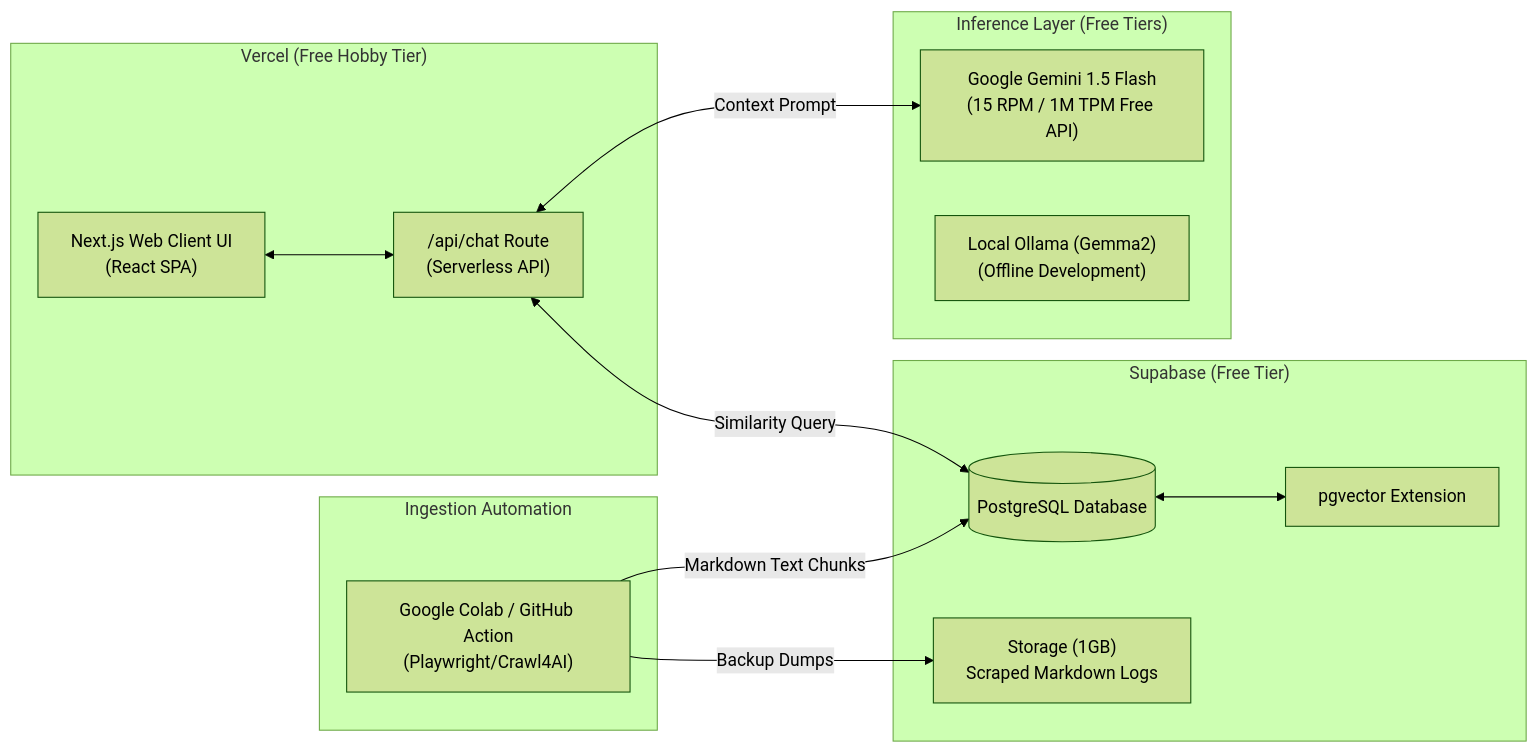
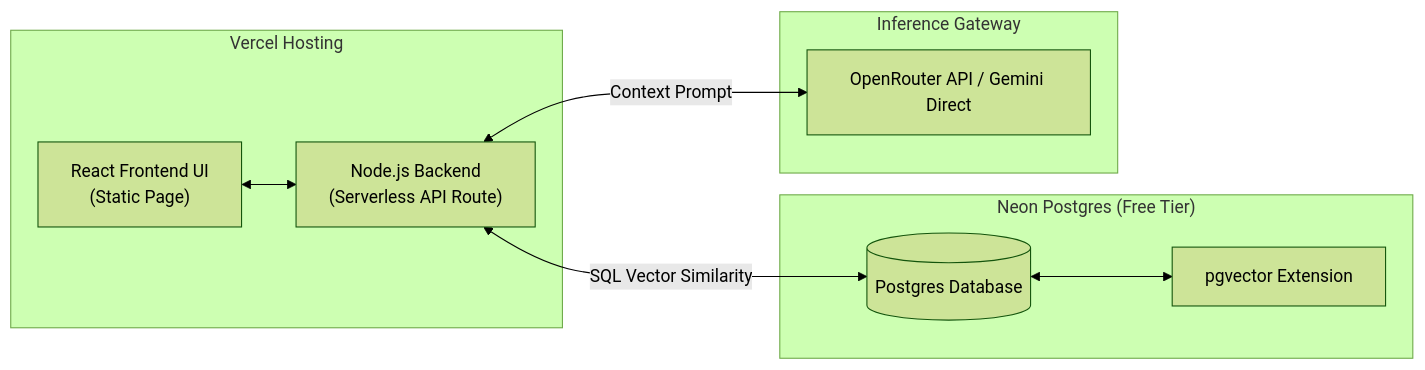
The second of 2 diagrams in apps/infrastructure.md (netflix2023/success-coach-chatbot), drawn with Mermaid (forest theme) before and after one commit. The commit also changed other lines of this file and 5 other files, not shown here.

Commit message:
docs: update tech stack and infrastructure plans to select Neon Postgres & ChromaDB/Streamlit, and add club repo review

````diff
--- a/apps/infrastructure.md
+++ b/apps/infrastructure.md
@@ -11,29 +28,21 @@
 ```mermaid
 graph LR
-    subgraph Vercel ["Vercel (Free Hobby Tier)"]
-        NextUI["Next.js Web Client UI\n(React SPA)"]
-        EdgeRoutes["/api/chat Route\n(Serverless API)"]
+    subgraph Vercel ["Vercel Hosting"]
+        NextUI["React Frontend UI\n(Static Page)"]
+        NodeServer["Node.js Backend\n(Serverless API Route)"]
     end
 
-    subgraph Supabase ["Supabase (Free Tier)"]
-        Postgres[("PostgreSQL Database")]
+    subgraph Neon ["Neon Postgres (Free Tier)"]
+        Postgres[("Postgres Database")]
         pgv["pgvector Extension"]
-        Storage["Storage (1GB)\nScraped Markdown Logs"]
     end
 
-    subgraph LLM ["Inference Layer (Free Tiers)"]
-        GeminiFlash["Google Gemini 1.5 Flash\n(15 RPM / 1M TPM Free API)"]
-        OllamaLocal["Local Ollama (Gemma2)\n(Offline Development)"]
+    subgraph LLM ["Inference Gateway"]
+        OpenRouter2["OpenRouter API / Gemini Direct"]
     end
 
-    subgraph Ingestion ["Ingestion Automation"]
-        Colab["Google Colab / GitHub Action\n(Playwright/Crawl4AI)"]
-    end
-
-    NextUI <--> EdgeRoutes
-    EdgeRoutes <-->|Similarity Query| Postgres
+    NextUI <--> NodeServer
+    NodeServer <-->|SQL Vector Similarity| Postgres
     Postgres <--> pgv
-    EdgeRoutes <-->|Context Prompt| GeminiFlash
-    Colab -->|Markdown Text Chunks| Postgres
-    Colab -->|Backup Dumps| Storage
+    NodeServer <-->|Context Prompt| OpenRouter2
 ```
````
